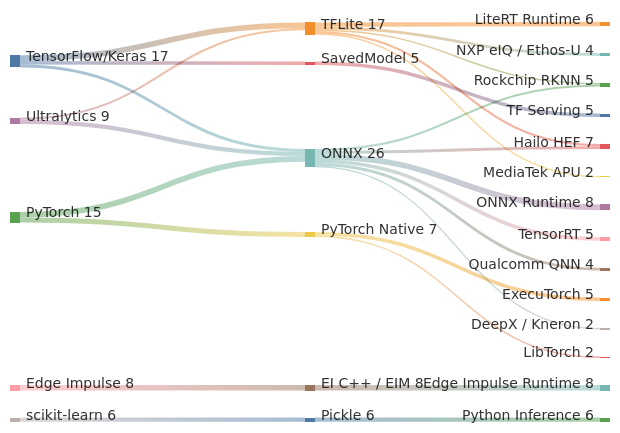
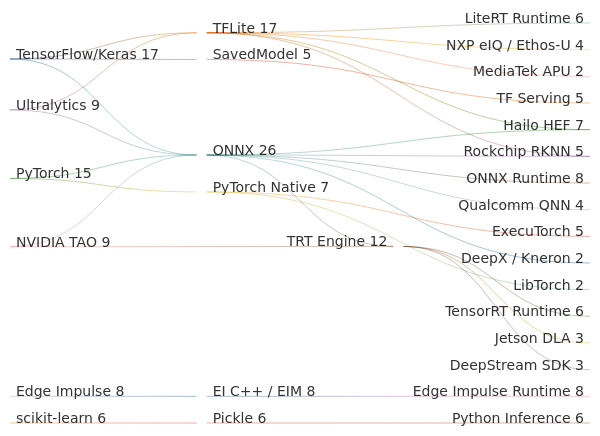
One commit to inxware/ert-components changed the diagram in docs/inxware-edge-ml.md. Above: the diagram before and after it, drawn with Mermaid. The commit also changed other lines of this file, not shown here.

Commit message:
Add Jetson/NVIDIA technologies to ML workflow table and Sankey diagram
ML Workflow Entity table:
- New row: NVIDIA TAO Toolkit as training framework; .onnx/.engine/.plan
  formats; CUDA tensor bindings and Triton KServe v2 inference protocol

Sankey diagram:
- NVIDIA TAO as left-side training framework node, flowing to ONNX (5)
  and directly to TRT Engine (4)
- TRT Engine replaces bare "TensorRT" as a mid-stage compiled format node,
  representing .engine / .plan files produced by the TensorRT compiler
- TRT Engine fans out to three right-side Jetson runtime targets:
    TensorRT Runtime (GPU inference, weight 6)
    Jetson DLA (on-chip Deep Learning Accelerator, weight 3)
    DeepStream SDK (NVIDIA video analytics pipeline, weight 3)

````diff
--- a/docs/inxware-edge-ml.md
+++ b/docs/inxware-edge-ml.md
@@ -97,29 +98,34 @@
 ```mermaid
 sankey-beta
 
 TensorFlow/Keras,TFLite,8
 TensorFlow/Keras,SavedModel,5
 TensorFlow/Keras,ONNX,4
 PyTorch,ONNX,8
 PyTorch,PyTorch Native,7
 Ultralytics,ONNX,6
 Ultralytics,TFLite,3
+NVIDIA TAO,ONNX,5
+NVIDIA TAO,TRT Engine,4
 Edge Impulse,EI C++ / EIM,8
 scikit-learn,Pickle,6
 TFLite,LiteRT Runtime,6
 TFLite,Hailo HEF,3
 TFLite,NXP eIQ / Ethos-U,4
 TFLite,Rockchip RKNN,2
 TFLite,MediaTek APU,2
 ONNX,ONNX Runtime,8
-ONNX,TensorRT,5
+ONNX,TRT Engine,5
 ONNX,Hailo HEF,4
 ONNX,Qualcomm QNN,4
 ONNX,Rockchip RKNN,3
 ONNX,DeepX / Kneron,2
 SavedModel,TF Serving,5
 PyTorch Native,ExecuTorch,5
 PyTorch Native,LibTorch,2
+TRT Engine,TensorRT Runtime,6
+TRT Engine,Jetson DLA,3
+TRT Engine,DeepStream SDK,3
 EI C++ / EIM,Edge Impulse Runtime,8
 Pickle,Python Inference,6
 ```
````
